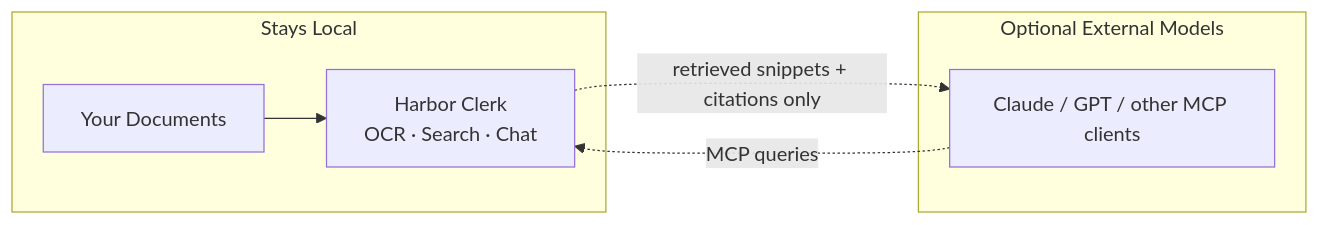
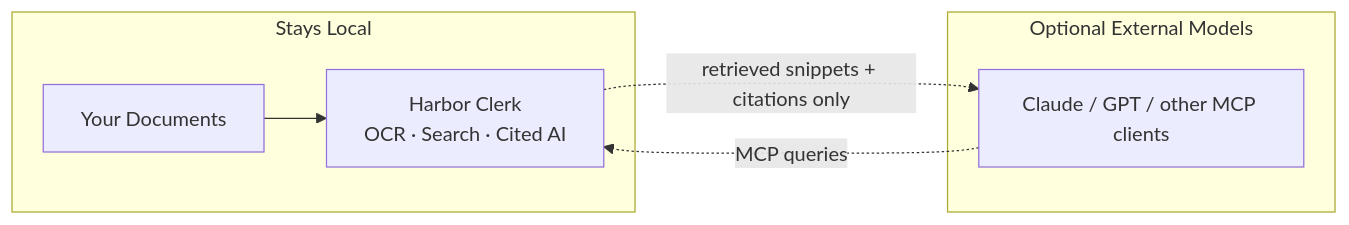
The second of 3 diagrams in README.md (r0shi/harborclerk), drawn with Mermaid before and after one commit. The commit also changed other lines of this file and 3 other files, not shown here.

````diff
--- a/README.md
+++ b/README.md
@@ -45,13 +45,13 @@
 ```mermaid
 graph LR
     subgraph local["Stays Local"]
         docs["Your Documents"]
-        harbor["Harbor Clerk<br/>OCR · Search · Chat"]
+        harbor["Harbor Clerk<br/>OCR · Search · Cited AI"]
     end
     subgraph external["Optional External Models"]
         models["Claude / GPT / other MCP clients"]
     end
     docs --> harbor
     models -. "MCP queries" .-> harbor
     harbor -. "retrieved snippets + citations only" .-> models
 ```
````
